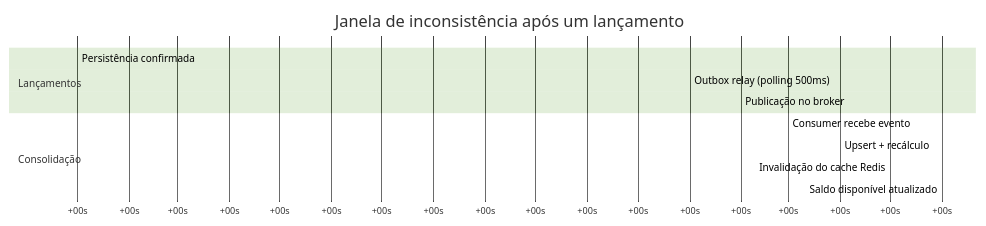
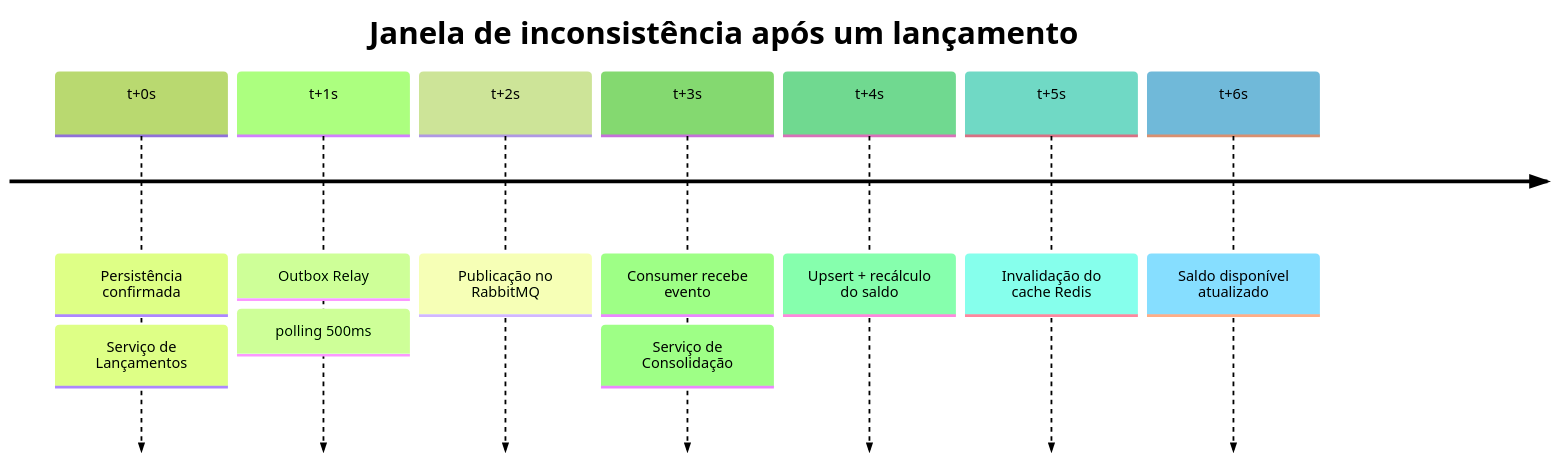
Before and after one commit to gsperim/account-engine-lab: the fifth of 5 diagrams in docs/arquitetura/dados.md, drawn with Mermaid (forest theme). The commit also changed 2 other files, not shown here.

Commit message:
fix(nav,diagramas): restaurar link Decisoes Arquiteturais + corrigir diagramas
- mkdocs.yml: remove navigation.indexes — feature estava absorvendo adr/index.md
  e cloud/index.md como section headers, ocultando-os da lista de itens do sidebar
- dados.md: substitui gantt (eixo sempre exibia 00s) por timeline para janela
  de inconsistencia eventual
- topologia.md: substitui ASCII da ordem de inicializacao por flowchart LR com
  3 camadas: infraestrutura → servicos → API Gateway

````diff
--- a/docs/arquitetura/dados.md
+++ b/docs/arquitetura/dados.md
@@ -300,17 +300,14 @@
 ```mermaid
-gantt
+timeline
     title Janela de inconsistência após um lançamento
-    dateFormat  ss
-    axisFormat  +%Ss
-
-    section Lançamentos
-    Persistência confirmada     : 0, 1s
-    Outbox relay (polling 500ms): 1, 1s
-    Publicação no broker        : 2, 1s
-
-    section Consolidação
-    Consumer recebe evento      : 3, 1s
-    Upsert + recálculo          : 4, 1s
-    Invalidação do cache Redis  : 5, 1s
-    Saldo disponível atualizado : 6, 1s
+    t+0s : Persistência confirmada
+         : Serviço de Lançamentos
+    t+1s : Outbox Relay
+         : polling 500ms
+    t+2s : Publicação no RabbitMQ
+    t+3s : Consumer recebe evento
+         : Serviço de Consolidação
+    t+4s : Upsert + recálculo do saldo
+    t+5s : Invalidação do cache Redis
+    t+6s : Saldo disponível atualizado
 ```
````
